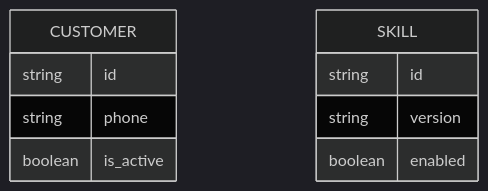
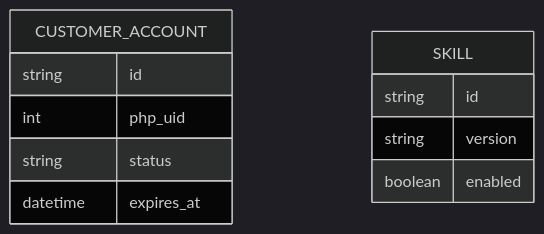
The fourth of 4 diagrams in docs/PROJECT_TOUR.md (axgiroud312-byte/tengyu-aipod), drawn with Mermaid (dark theme) before and after one commit. The commit also changed other lines of this file and 10 other files, not shown here.

````diff
--- a/docs/PROJECT_TOUR.md
+++ b/docs/PROJECT_TOUR.md
@@ -264,13 +265,14 @@
 ```mermaid
 erDiagram
-    CUSTOMER {
+    CUSTOMER_ACCOUNT {
       string id
-      string phone
-      boolean is_active
+      int php_uid
+      string status
+      datetime expires_at
     }
     SKILL {
       string id
       string version
       boolean enabled
     }
 ```
````
